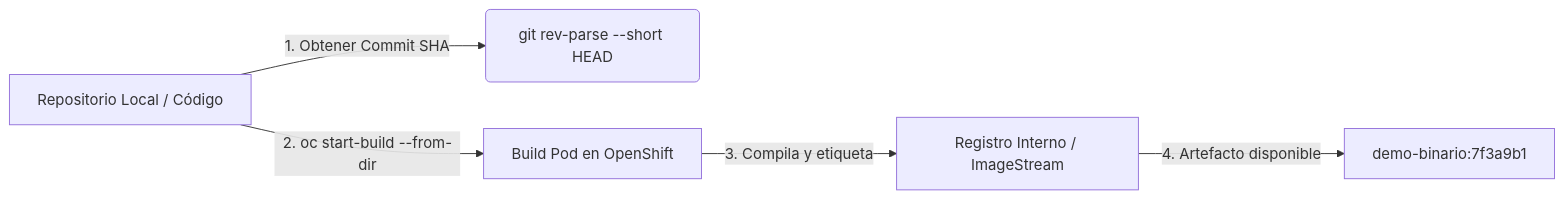
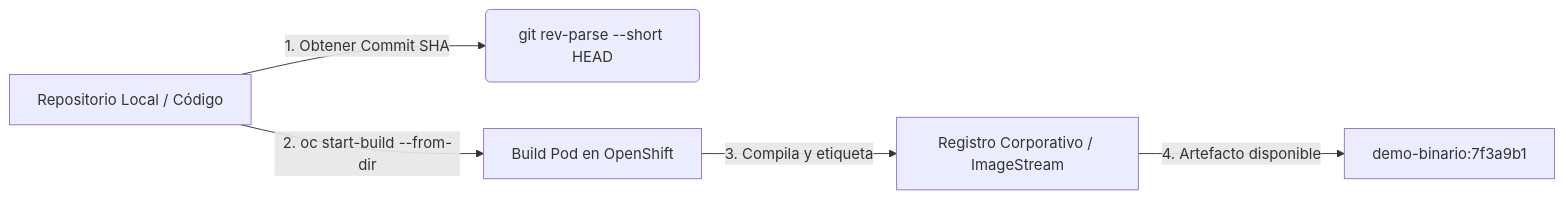
The eighth of 8 diagrams in docs/sesion4/4.5 Construir en la plataforma.md (ieftraining/curso-openshift), drawn with Mermaid before and after one commit. The commit also changed other lines of this file, not shown here.

````diff
--- a/docs/sesion4/4.5 Construir en la plataforma.md
+++ b/docs/sesion4/4.5 Construir en la plataforma.md
@@ -237,7 +246,7 @@
 ```mermaid
 flowchart LR
     A[Repositorio Local / Código] -->|1. Obtener Commit SHA| B(git rev-parse --short HEAD)
     A -->|2. oc start-build --from-dir| C[Build Pod en OpenShift]
-    C -->|3. Compila y etiqueta| D[Registro Interno / ImageStream]
+    C -->|3. Compila y etiqueta| D[Registro Corporativo / ImageStream]
     D -->|4. Artefacto disponible| E[demo-binario:7f3a9b1]
 ```
````
